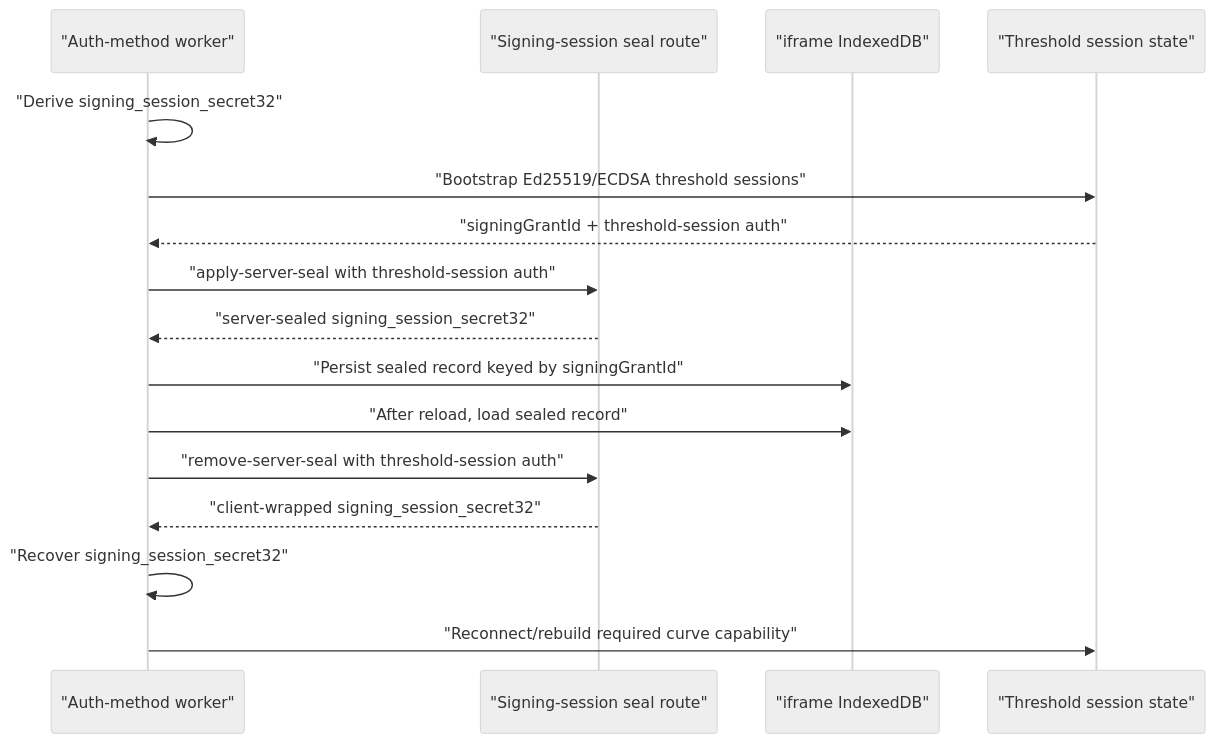
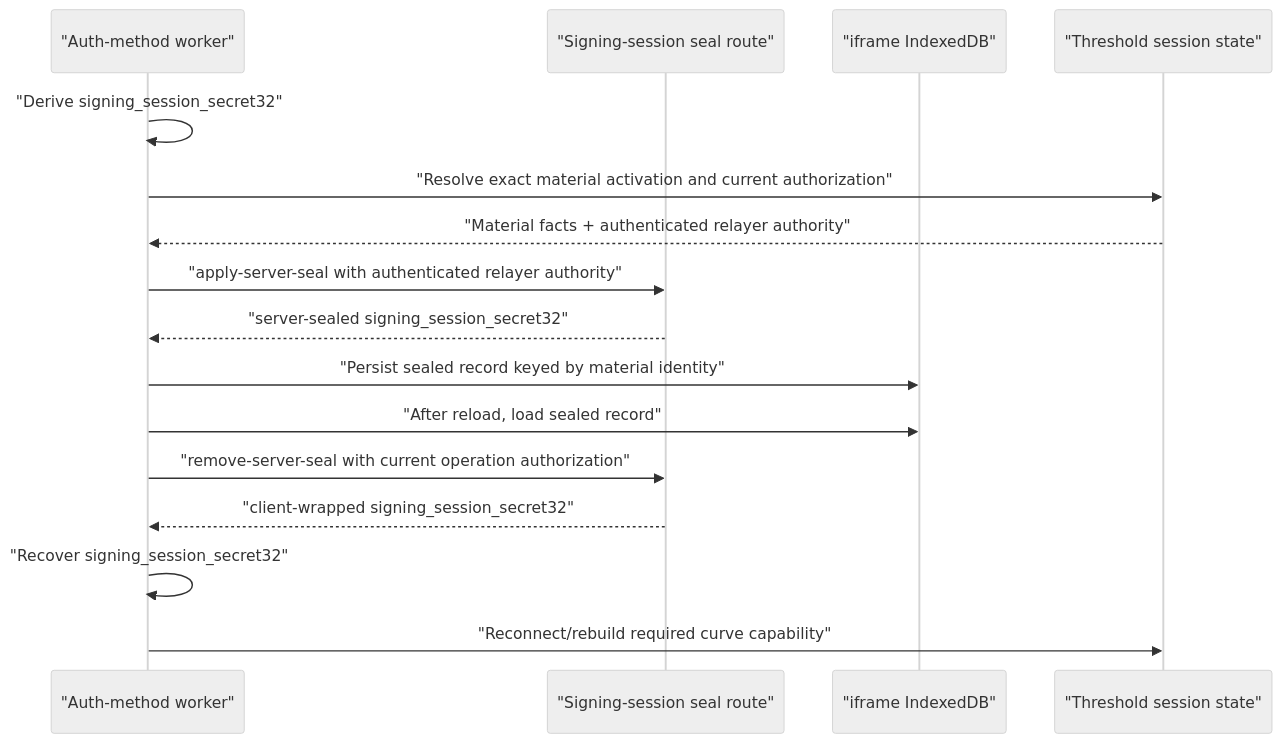
One commit to seams-tech/seams-sdk changed the diagram in docs/signing-session-architecture/sealed-refresh.md. Above: the diagram before and after it, drawn with Mermaid (neutral theme). The commit also changed other lines of this file and 3 other files, not shown here.

Commit message:
docs(refactor-90): reconcile activation-keyed sealed refresh

````diff
--- a/docs/signing-session-architecture/sealed-refresh.md
+++ b/docs/signing-session-architecture/sealed-refresh.md
@@ -95,20 +96,20 @@
 ```mermaid
 sequenceDiagram
   participant Worker as "Auth-method worker"
   participant Seal as "Signing-session seal route"
   participant Store as "iframe IndexedDB"
   participant Threshold as "Threshold session state"
 
   Worker->>Worker: "Derive signing_session_secret32"
-  Worker->>Threshold: "Bootstrap Ed25519/ECDSA threshold sessions"
-  Threshold-->>Worker: "signingGrantId + threshold-session auth"
-  Worker->>Seal: "apply-server-seal with threshold-session auth"
+  Worker->>Threshold: "Resolve exact material activation and current authorization"
+  Threshold-->>Worker: "Material facts + authenticated relayer authority"
+  Worker->>Seal: "apply-server-seal with authenticated relayer authority"
   Seal-->>Worker: "server-sealed signing_session_secret32"
-  Worker->>Store: "Persist sealed record keyed by signingGrantId"
+  Worker->>Store: "Persist sealed record keyed by material identity"
 
   Worker->>Store: "After reload, load sealed record"
-  Worker->>Seal: "remove-server-seal with threshold-session auth"
+  Worker->>Seal: "remove-server-seal with current operation authorization"
   Seal-->>Worker: "client-wrapped signing_session_secret32"
   Worker->>Worker: "Recover signing_session_secret32"
   Worker->>Threshold: "Reconnect/rebuild required curve capability"
 ```
````
